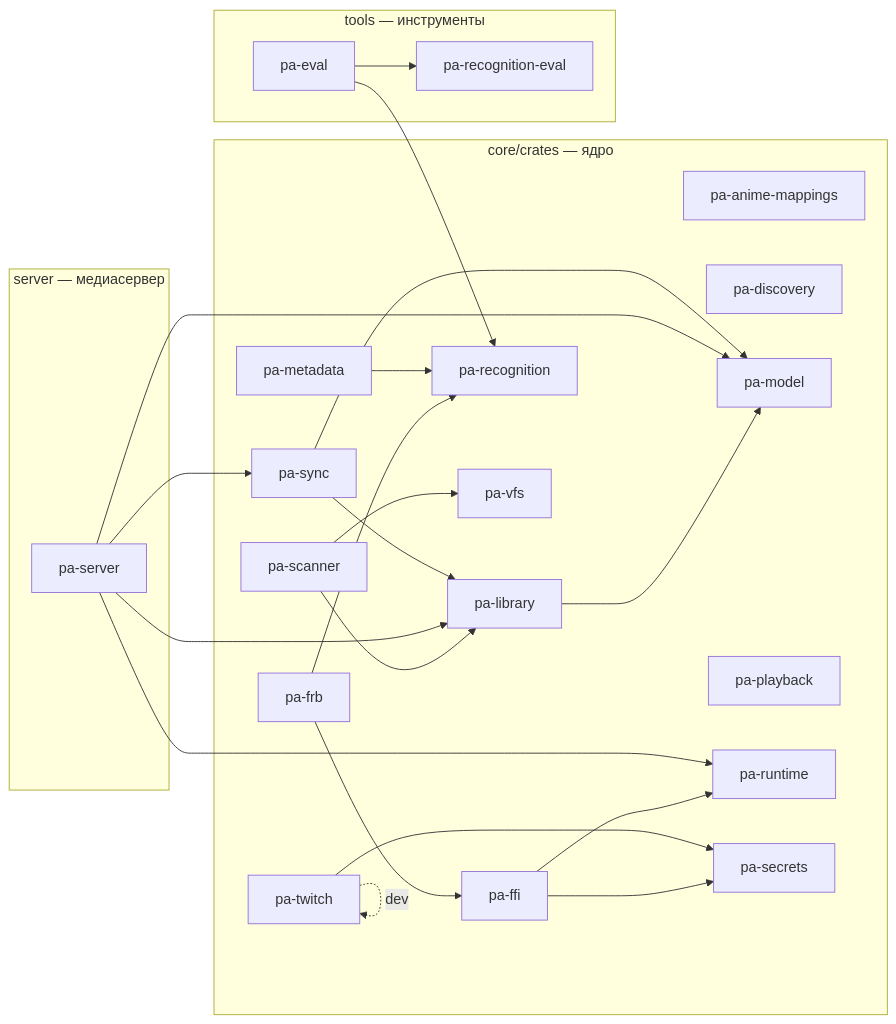
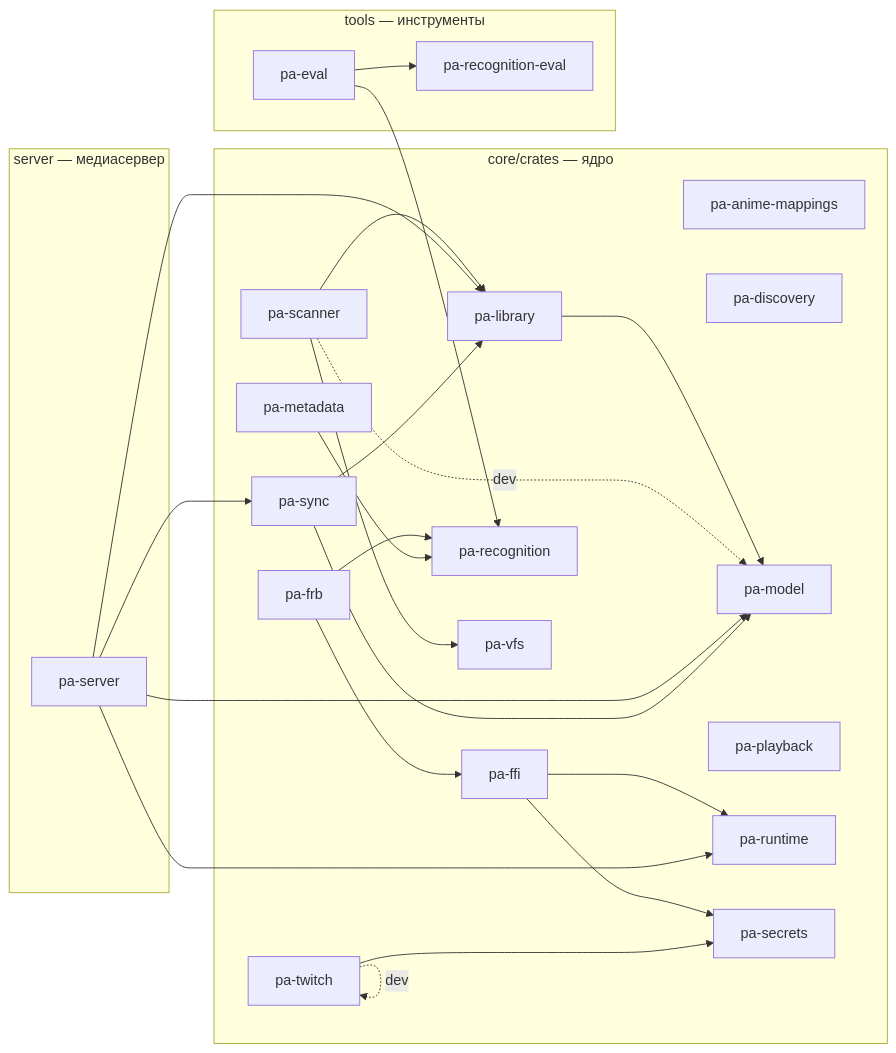
The diagram in docs/dev/crate-graph.md (DenisHumen/project_alpha), drawn with Mermaid before and after one commit. The commit also changed other lines of this file and 18 other files, not shown here.

First line of the commit message:
feat(mus): music library schema and lofty tag scan [MUS-001]

````diff
--- a/docs/dev/crate-graph.md
+++ b/docs/dev/crate-graph.md
@@ -12,45 +12,46 @@
 ```mermaid
 flowchart LR
   subgraph g0["core/crates — ядро"]
     pa_anime_mappings["pa-anime-mappings"]
     pa_discovery["pa-discovery"]
     pa_ffi["pa-ffi"]
     pa_frb["pa-frb"]
     pa_library["pa-library"]
     pa_metadata["pa-metadata"]
     pa_model["pa-model"]
     pa_playback["pa-playback"]
     pa_recognition["pa-recognition"]
     pa_runtime["pa-runtime"]
     pa_scanner["pa-scanner"]
     pa_secrets["pa-secrets"]
     pa_sync["pa-sync"]
     pa_twitch["pa-twitch"]
     pa_vfs["pa-vfs"]
   end
   subgraph g1["server — медиасервер"]
     pa_server["pa-server"]
   end
   subgraph g2["tools — инструменты"]
     pa_eval["pa-eval"]
     pa_recognition_eval["pa-recognition-eval"]
   end
   pa_eval --> pa_recognition
   pa_eval --> pa_recognition_eval
   pa_ffi --> pa_runtime
   pa_ffi --> pa_secrets
   pa_frb --> pa_ffi
   pa_frb --> pa_recognition
   pa_library --> pa_model
   pa_metadata --> pa_recognition
   pa_scanner --> pa_library
+  pa_scanner -. dev .-> pa_model
   pa_scanner --> pa_vfs
   pa_server --> pa_library
   pa_server --> pa_model
   pa_server --> pa_runtime
   pa_server --> pa_sync
   pa_sync --> pa_library
   pa_sync --> pa_model
   pa_twitch --> pa_secrets
   pa_twitch -. dev .-> pa_twitch
 ```
````
